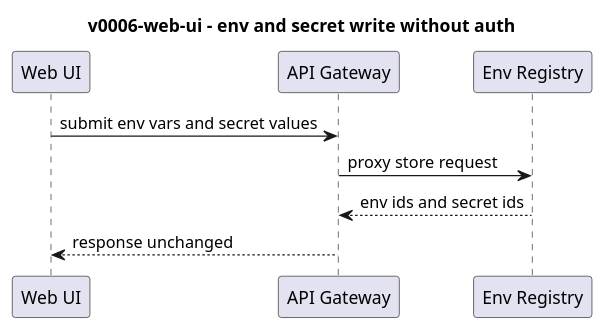
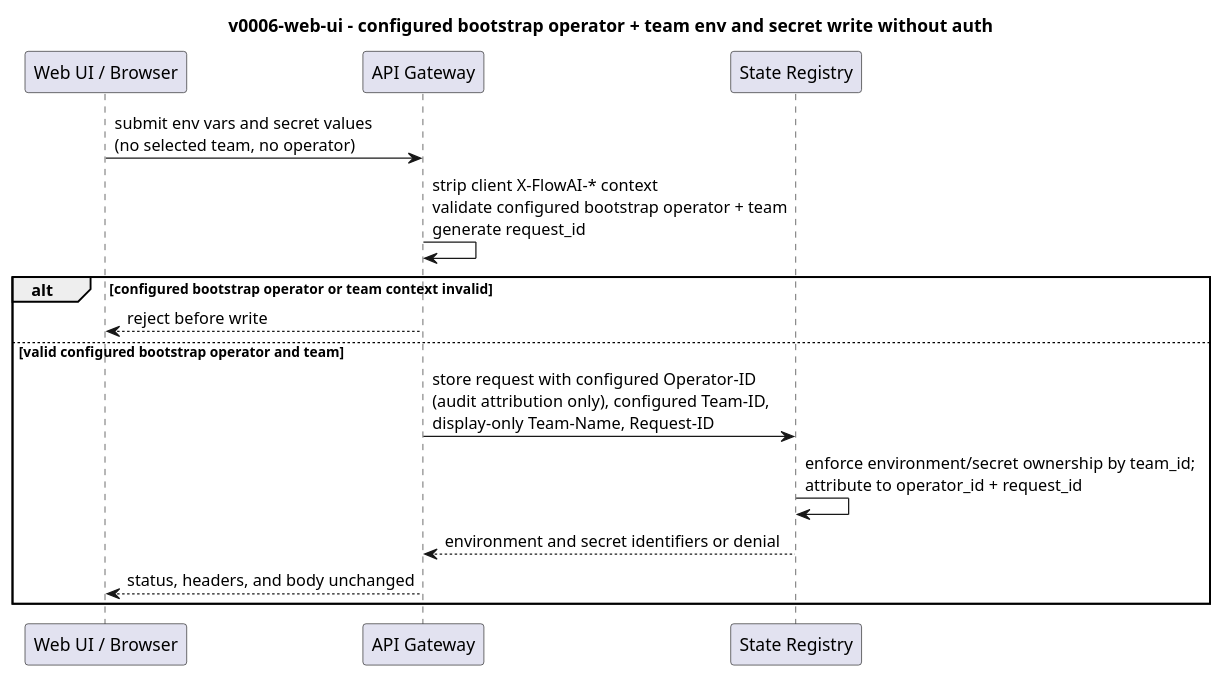
One commit to pandops/flowai changed the diagram in openspec/changes/v0006-web-ui/specs/diagrams/04-env-secret-write-no-auth.puml. Above: the diagram before and after it, drawn with PlantUML. The commit also changed other lines of this file and 2 other files, not shown here.

Commit message:
docs(web-ui): document gateway and event flows
Ultraworked with [Sisyphus](https://github.com/code-yeongyu/oh-my-openagent)

```diff
--- a/openspec/changes/v0006-web-ui/specs/diagrams/04-env-secret-write-no-auth.puml
+++ b/openspec/changes/v0006-web-ui/specs/diagrams/04-env-secret-write-no-auth.puml
@@ -1,13 +2,19 @@
 @startuml
-title v0006-web-ui - env and secret write without auth
+title v0006-web-ui - configured bootstrap operator + team env and secret write without auth
 
-participant "Web UI" as UI
+participant "Web UI / Browser" as UI
 participant "API Gateway" as GW
-participant "Env Registry" as Env
+participant "State Registry" as State
 
-UI -> GW : submit env vars and secret values
-GW -> Env : proxy store request
-Env --> GW : env ids and secret ids
-GW --> UI : response unchanged
+UI -> GW : submit env vars and secret values\n(no selected team, no operator)
+GW -> GW : strip client X-FlowAI-* context\nvalidate configured bootstrap operator + team\ngenerate request_id
+alt configured bootstrap operator or team context invalid
+  GW --> UI : reject before write
+else valid configured bootstrap operator and team
+  GW -> State : store request with configured Operator-ID\n(audit attribution only), configured Team-ID,\ndisplay-only Team-Name, Request-ID
+  State -> State : enforce environment/secret ownership by team_id;\nattribute to operator_id + request_id
+  State --> GW : environment and secret identifiers or denial
+  GW --> UI : status, headers, and body unchanged
+end
 
 @enduml
```
